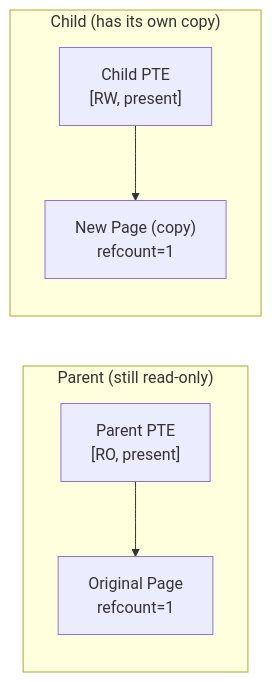
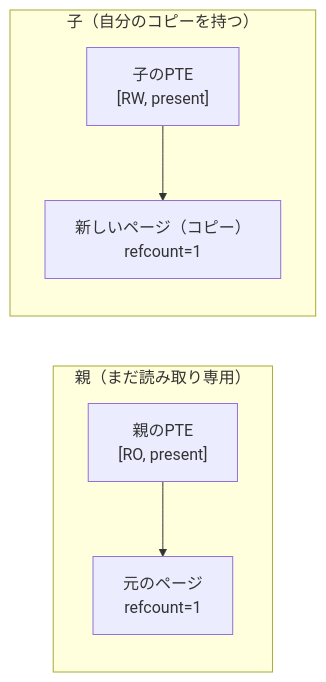
The fourth of 9 diagrams in docs/mm/fork.md (doguto/linux-kernel-internals-jp), drawn with Mermaid before and after one commit. The commit also changed other lines of this file and 3 other files, not shown here.

````diff
--- a/docs/mm/fork.md
+++ b/docs/mm/fork.md
@@ -284,14 +284,14 @@
 ```mermaid
 flowchart LR
-    subgraph parent["Parent (still read-only)"]
-        PPTE["Parent PTE<br/>[RO, present]"]
-        ORIG["Original Page<br/>refcount=1"]
+    subgraph parent["親（まだ読み取り専用）"]
+        PPTE["親のPTE<br/>[RO, present]"]
+        ORIG["元のページ<br/>refcount=1"]
         PPTE --> ORIG
     end
 
-    subgraph child["Child (has its own copy)"]
-        CPTE["Child PTE<br/>[RW, present]"]
-        COPY["New Page (copy)<br/>refcount=1"]
+    subgraph child["子（自分のコピーを持つ）"]
+        CPTE["子のPTE<br/>[RW, present]"]
+        COPY["新しいページ（コピー）<br/>refcount=1"]
         CPTE --> COPY
     end
 ```
````
